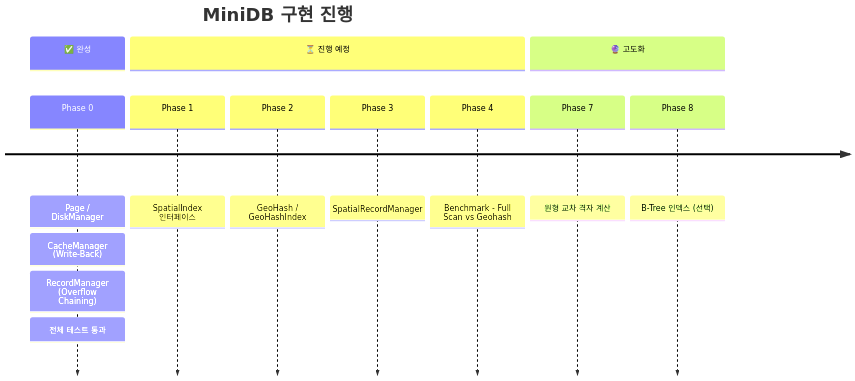
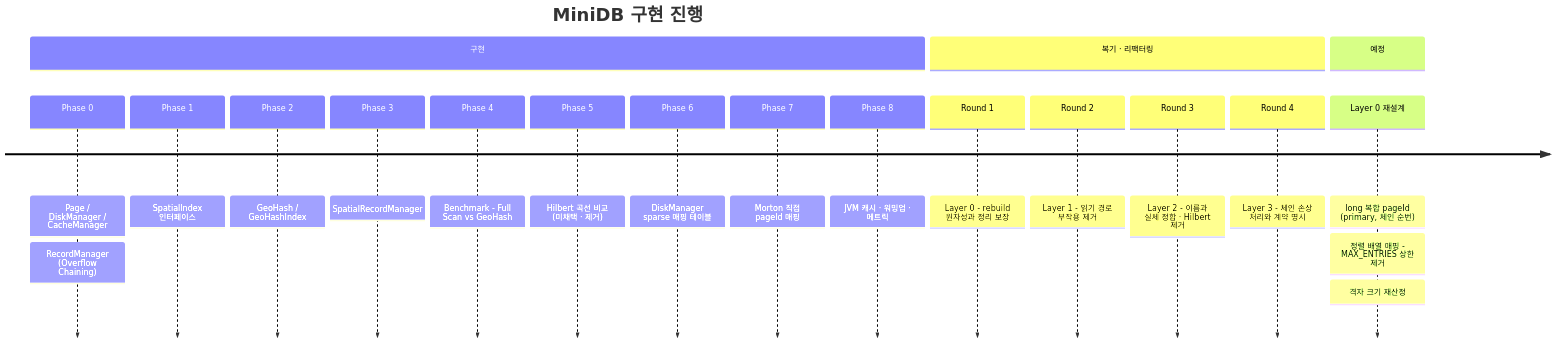
Before and after one commit to YOUHEETAE/java-disk-kv-engine: the seventh of 7 diagrams in docs/ARCHITECTURE.md, drawn with Mermaid. The commit also changed other lines of this file, not shown here.

First line of the commit message:
docs(architecture): redraw diagrams to match the current engine

````diff
--- a/docs/ARCHITECTURE.md
+++ b/docs/ARCHITECTURE.md
@@ -220,17 +268,24 @@
 ```mermaid
 timeline
     title MiniDB 구현 진행
-    section ✅ 완성
-        Phase 0 : Page / DiskManager
-                : CacheManager (Write-Back)
+    section 구현
+        Phase 0 : Page / DiskManager / CacheManager
                 : RecordManager (Overflow Chaining)
-                : 전체 테스트 통과
-    section ⏳ 진행 예정
         Phase 1 : SpatialIndex 인터페이스
         Phase 2 : GeoHash / GeoHashIndex
         Phase 3 : SpatialRecordManager
-        Phase 4 : Benchmark - Full Scan vs Geohash
-    section 🔮 고도화
-        Phase 7 : 원형 교차 격자 계산
-        Phase 8 : B-Tree 인덱스 (선택)
+        Phase 4 : Benchmark - Full Scan vs GeoHash
+        Phase 5 : Hilbert 곡선 비교 (미채택 · 제거)
+        Phase 6 : DiskManager sparse 매핑 테이블
+        Phase 7 : Morton 직접 pageId 매핑
+        Phase 8 : JVM 캐시 · 워밍업 · 메트릭
+    section 복기 · 리팩터링
+        Round 1 : Layer 0 - rebuild 원자성과 정리 보장
+        Round 2 : Layer 1 - 읽기 경로 부작용 제거
+        Round 3 : Layer 2 - 이름과 실체 정합 · Hilbert 제거
+        Round 4 : Layer 3 - 체인 손상 처리와 계약 명시
+    section 예정
+        Layer 0 재설계 : long 복합 pageId (primary, 체인 순번)
+                      : 정렬 배열 매핑 - MAX_ENTRIES 상한 제거
+                      : 격자 크기 재산정
 ```
````
